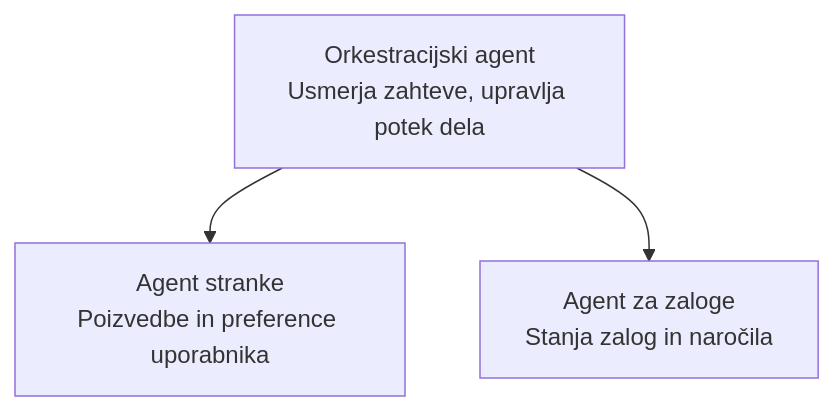
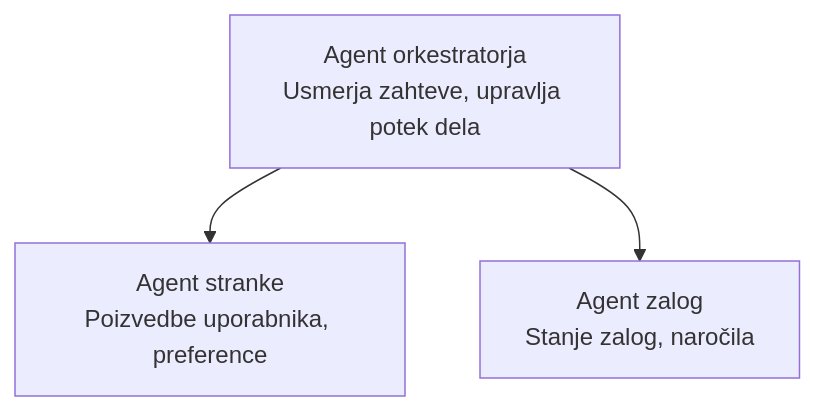
One commit to microsoft/AZD-for-beginners changed the diagram in translations/sl/docs/chapter-05-multi-agent/README.md. Above: the diagram before and after it, drawn with Mermaid. The commit also changed other lines of this file and 101 other files, not shown here.

````diff
--- a/translations/sl/docs/chapter-05-multi-agent/README.md
+++ b/translations/sl/docs/chapter-05-multi-agent/README.md
@@ -50,5 +52,5 @@
 ```mermaid
 graph TD
-    Orchestrator[Orkestracijski agent<br/>Usmerja zahteve, upravlja potek dela] --> Customer[Agent stranke<br/>Poizvedbe in preference uporabnika]
-    Orchestrator --> Inventory[Agent za zaloge<br/>Stanja zalog in naročila]
+    Orchestrator[Agent orkestratorja<br/>Usmerja zahteve, upravlja potek dela] --> Customer[Agent stranke<br/>Poizvedbe uporabnika, preference]
+    Orchestrator --> Inventory[Agent zalog<br/>Stanje zalog, naročila]
 ```
````
